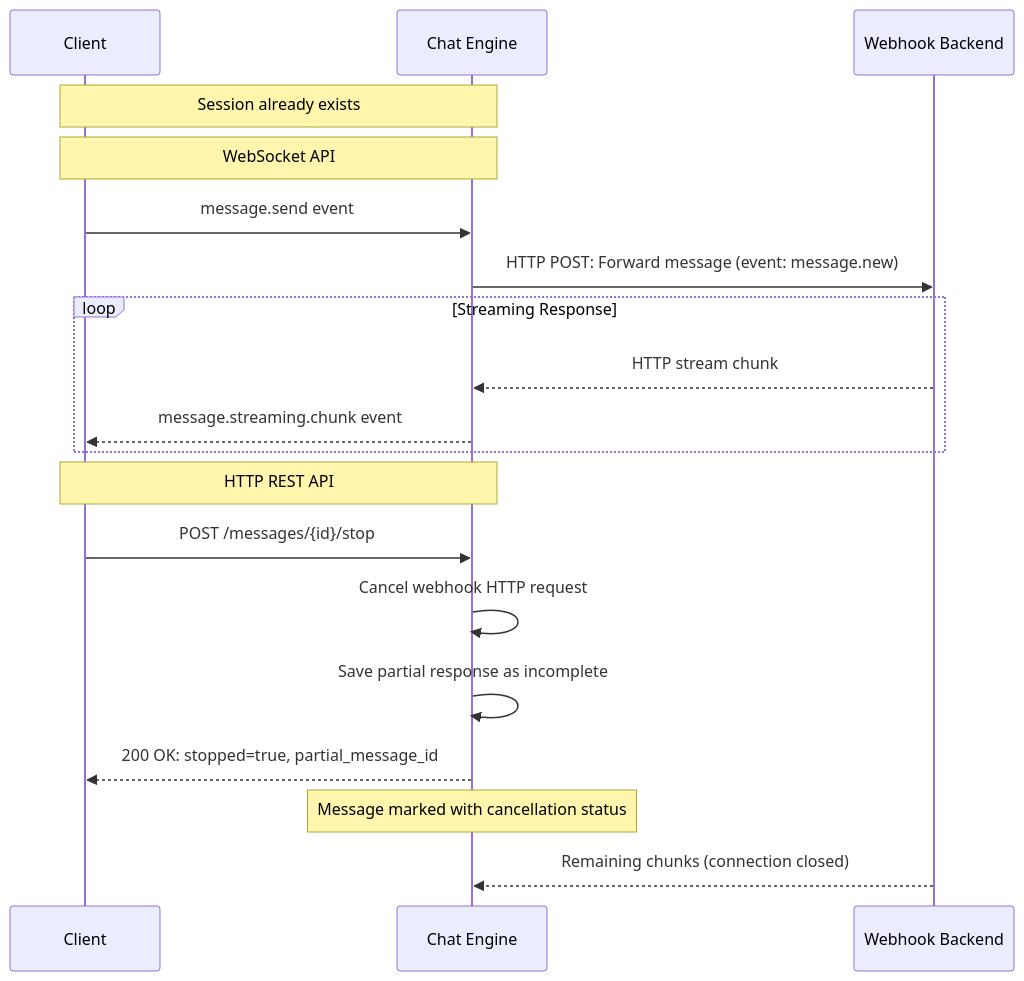
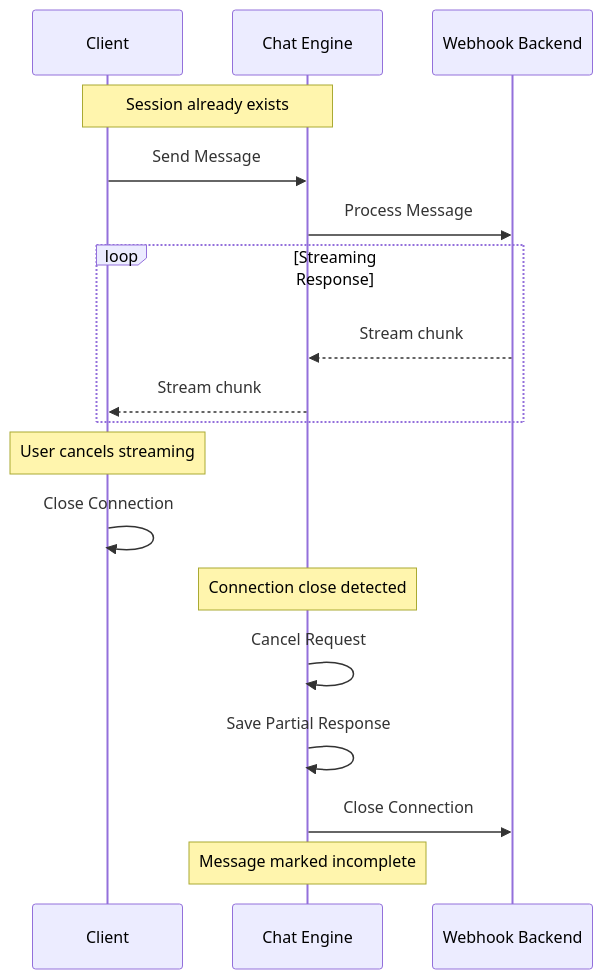
Diagram 11 of 16 in modules/chat_engine/DESIGN.md (hypernetix/hyperspot), drawn with Mermaid before and after one commit. The commit also changed other lines of this file and 25 other files, not shown here.

````diff
--- a/modules/chat_engine/DESIGN.md
+++ b/modules/chat_engine/DESIGN.md
@@ -751,27 +707,26 @@
 ```mermaid
 sequenceDiagram
     participant Client
     participant Chat Engine
     participant Webhook Backend
 
     Note over Client,Chat Engine: Session already exists
 
-    Note over Client,Chat Engine: WebSocket API
-    Client->>Chat Engine: message.send event
-    Chat Engine->>Webhook Backend: HTTP POST: Forward message (event: message.new)
+    Client->>Chat Engine: Send Message
+    Chat Engine->>Webhook Backend: Process Message
 
     loop Streaming Response
-        Webhook Backend-->>Chat Engine: HTTP stream chunk
-        Chat Engine-->>Client: message.streaming.chunk event
+        Webhook Backend-->>Chat Engine: Stream chunk
+        Chat Engine-->>Client: Stream chunk
     end
 
-    Note over Client,Chat Engine: HTTP REST API
-    Client->>Chat Engine: POST /messages/{id}/stop
-    Chat Engine->>Chat Engine: Cancel webhook HTTP request
-    Chat Engine->>Chat Engine: Save partial response as incomplete
-    Chat Engine-->>Client: 200 OK: stopped=true, partial_message_id
+    Note over Client: User cancels streaming
+    Client->>Client: Close Connection
 
-    Note over Chat Engine: Message marked with cancellation status
+    Note over Chat Engine: Connection close detected
+    Chat Engine->>Chat Engine: Cancel Request
+    Chat Engine->>Chat Engine: Save Partial Response
+    Chat Engine->>Webhook Backend: Close Connection
 
-    Webhook Backend-->>Chat Engine: Remaining chunks (connection closed)
+    Note over Chat Engine: Message marked incomplete
 ```
````
